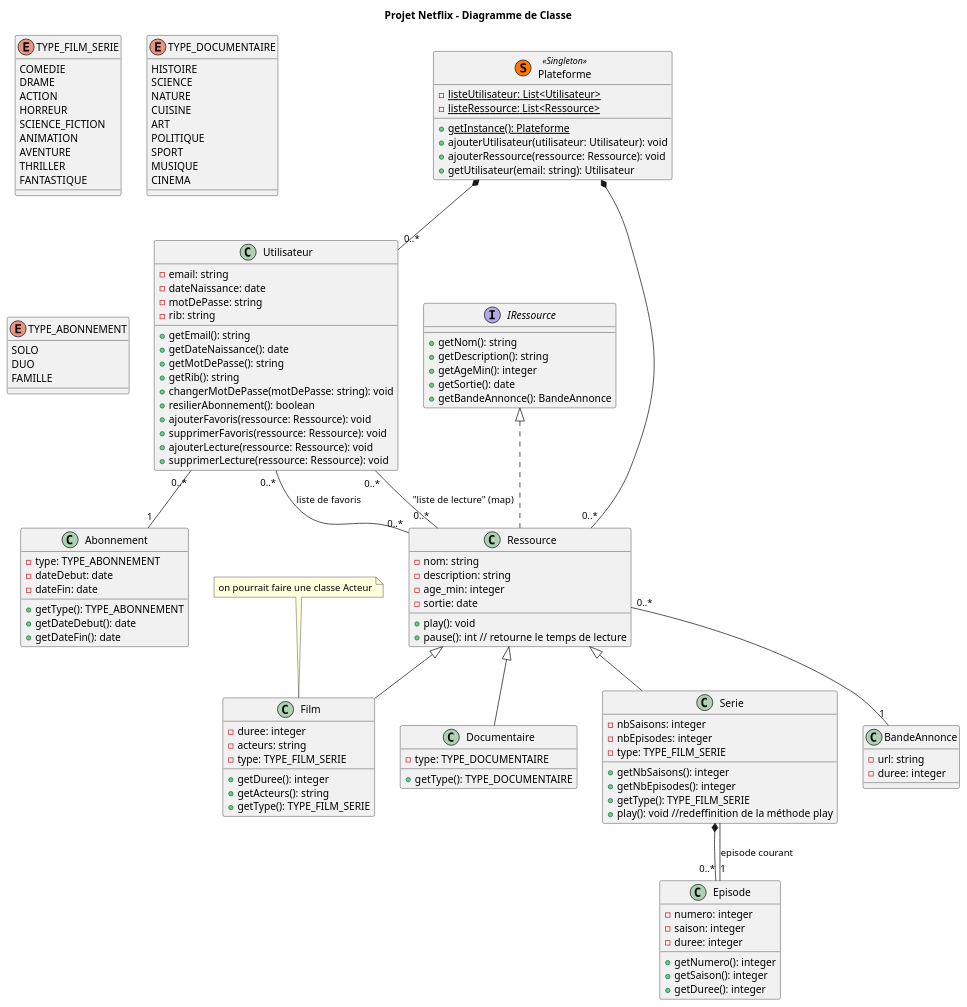
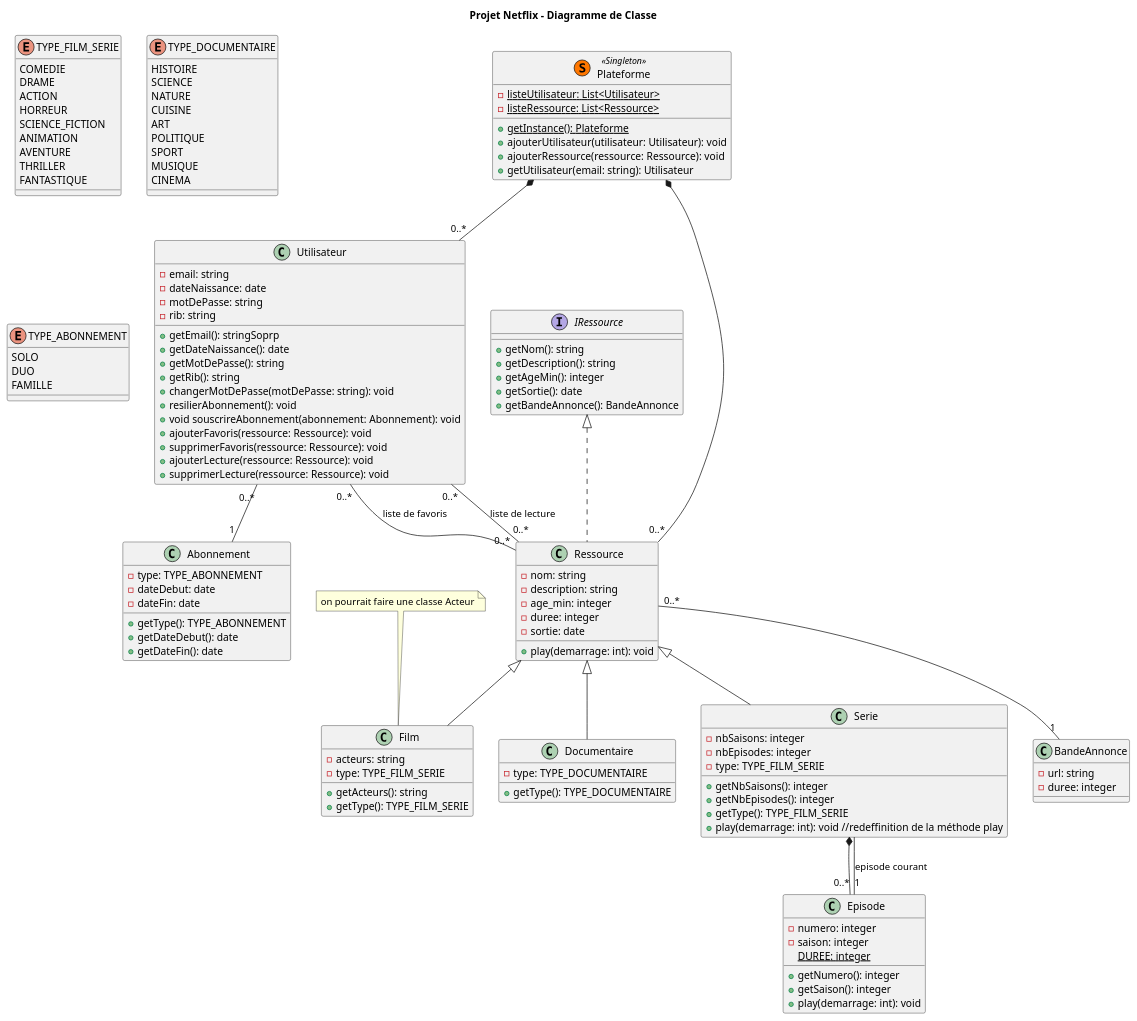
One commit to tigrou23/Netflix_JAVA changed the diagram in diagramme.puml. Above: the diagram before and after it, drawn with PlantUML.

Commit message:
optimisation de la gestion de la durée

```diff
--- a/diagramme.puml
+++ b/diagramme.puml
@@ -1,153 +1,152 @@
 @startuml
 
 title Projet Netflix - Diagramme de Classe
 
 class Plateforme << (S,#FF7700) Singleton >>{
     {static} - listeUtilisateur: List<Utilisateur>
     {static} - listeRessource: List<Ressource>
     {static} + getInstance(): Plateforme
     + ajouterUtilisateur(utilisateur: Utilisateur): void
     + ajouterRessource(ressource: Ressource): void
     + getUtilisateur(email: string): Utilisateur
 }
 
 Plateforme *-- "0..*" Utilisateur
 Plateforme *-- "0..*" Ressource
 
 /'
 ---- Définition des Ressources ----
 '/
 
 enum TYPE_FILM_SERIE {
     COMEDIE
     DRAME
     ACTION
     HORREUR
     SCIENCE_FICTION
     ANIMATION
     AVENTURE
     THRILLER
     FANTASTIQUE
 }
 
 enum TYPE_DOCUMENTAIRE{
     HISTOIRE
     SCIENCE
     NATURE
     CUISINE
     ART
     POLITIQUE
     SPORT
     MUSIQUE
     CINEMA
 }
 
 class BandeAnnonce{
     - url: string
     - duree: integer
 }
 
 interface IRessource{
     + getNom(): string
     + getDescription(): string
     + getAgeMin(): integer
     + getSortie(): date
     + getBandeAnnonce(): BandeAnnonce
 }
 
 note "on pourrait faire une classe Acteur" as acteur
 acteur .. Film
 
 abstract Ressource {
     - nom: string
     - description: string
     - age_min: integer
+    - duree: integer
     - sortie: date
-    + play(): void
-    + pause(): int // retourne le temps de lecture
+    + play(demarrage: int): void
 }
 
 Ressource "0..*" -- "1" BandeAnnonce
 class Ressource implements IRessource
 
 class Film{
-    - duree: integer
     - acteurs: string
     - type: TYPE_FILM_SERIE
-    + getDuree(): integer
     + getActeurs(): string
     + getType(): TYPE_FILM_SERIE
 }
 
 class Documentaire{
     - type: TYPE_DOCUMENTAIRE
     + getType(): TYPE_DOCUMENTAIRE
 }
 
 class Serie{
     - nbSaisons: integer
     - nbEpisodes: integer
     - type: TYPE_FILM_SERIE
     + getNbSaisons(): integer
     + getNbEpisodes(): integer
     + getType(): TYPE_FILM_SERIE
-    + play(): void //redeffinition de la méthode play
+    + play(demarrage: int): void //redeffinition de la méthode play
 }
 
 class Episode{
     - numero: integer
     - saison: integer
-    - duree: integer
+    {static} DUREE: integer
     + getNumero(): integer
     + getSaison(): integer
-    + getDuree(): integer
+    + play(demarrage: int): void
 }
 
 Serie *-- "0..*" Episode
 Serie -- "1" Episode : "episode courant"
 
 class Film extends Ressource
 class Documentaire extends Ressource
 class Serie extends Ressource
 
 /'
 ---- Définition des Utilisateurs ----
 '/
 
 enum TYPE_ABONNEMENT{
     SOLO
     DUO
     FAMILLE
 }
 
 class Abonnement{
     - type: TYPE_ABONNEMENT
     - dateDebut: date
     - dateFin: date
     + getType(): TYPE_ABONNEMENT
     + getDateDebut(): date
     + getDateFin(): date
 }
 
 class Utilisateur{
     - email: string
     - dateNaissance: date
     - motDePasse: string
     - rib: string
-    + getEmail(): string
+    + getEmail(): stringSoprp
     + getDateNaissance(): date
     + getMotDePasse(): string
     + getRib(): string
     + changerMotDePasse(motDePasse: string): void
-    + resilierAbonnement(): boolean
+    + resilierAbonnement(): void
+    + void souscrireAbonnement(abonnement: Abonnement): void
     + ajouterFavoris(ressource: Ressource): void
     + supprimerFavoris(ressource: Ressource): void
     + ajouterLecture(ressource: Ressource): void
     + supprimerLecture(ressource: Ressource): void
 }
 
 Utilisateur "0..*" -- "0..*" Ressource : "liste de favoris"
-Utilisateur "0..*" -- "0..*" Ressource : "liste de lecture" (map)
+Utilisateur "0..*" -- "0..*" Ressource : "liste de lecture"
 Utilisateur "0..*" -- "1" Abonnement
 
 @enduml
```
